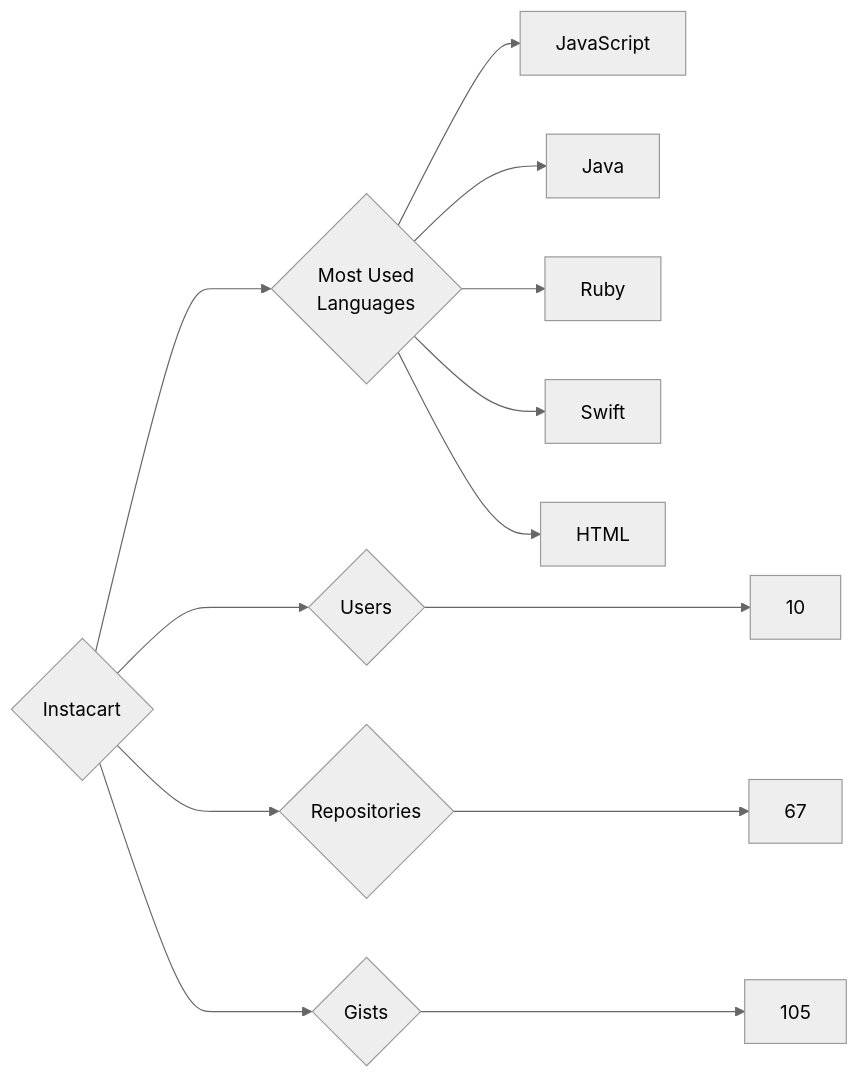
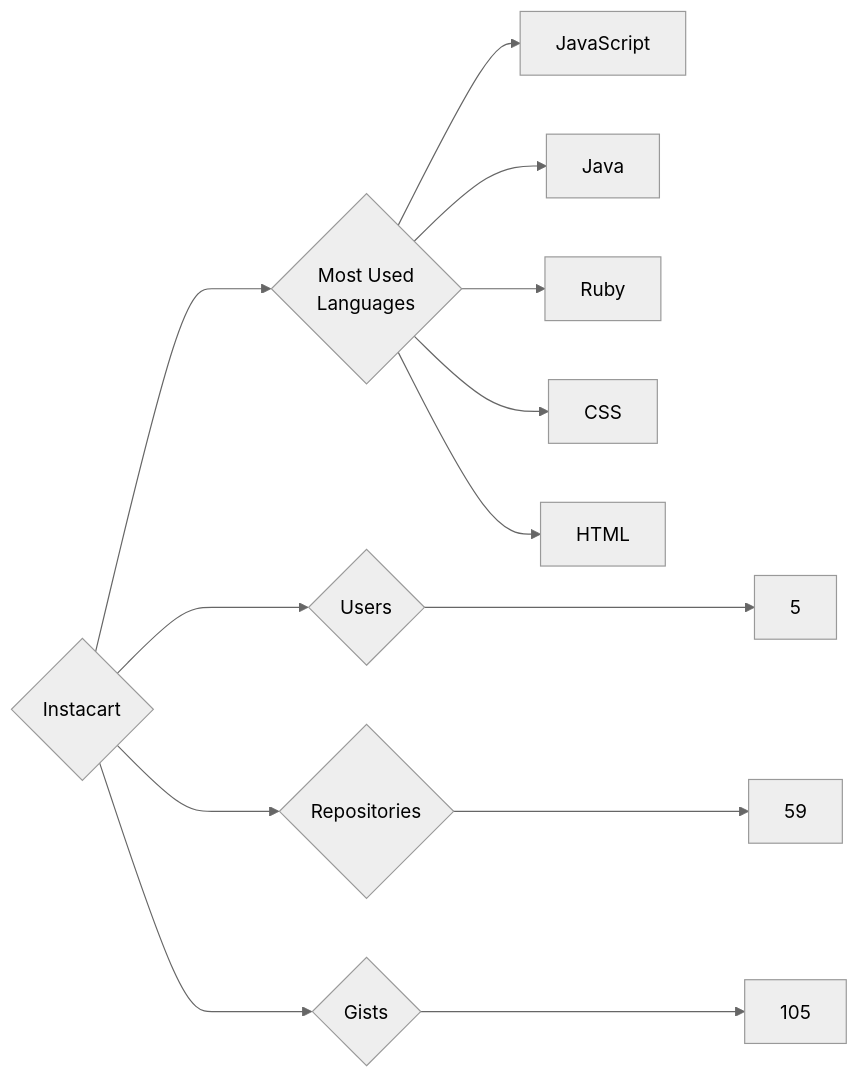
Before and after one commit to trickest/insiders: the diagram in targets/Instacart/README.md, drawn with Mermaid (neutral theme). The commit also changed 933 other files, not shown here.

````diff
--- a/targets/Instacart/README.md
+++ b/targets/Instacart/README.md
@@ -3,13 +3,13 @@
 ```mermaid
 graph LR
 COMPANY_NAME{Instacart}
-COMPANY_NAME ---> U{Users} ---> UN[10]
-COMPANY_NAME ---> R{Repositories} ---> RN[67]
+COMPANY_NAME ---> U{Users} ---> UN[5]
+COMPANY_NAME ---> R{Repositories} ---> RN[59]
 COMPANY_NAME ---> G{Gists} ---> GN[105]
 COMPANY_NAME ---> ML{Most Used<br>Languages}
 ML --> JavaScript[JavaScript]
 ML --> Java[Java]
 ML --> Ruby[Ruby]
-ML --> Swift[Swift]
+ML --> CSS[CSS]
 ML --> HTML[HTML]
 ```
````
